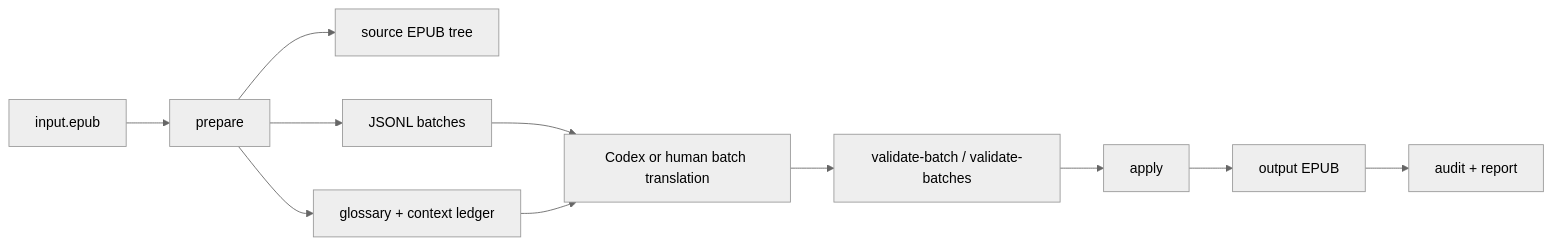
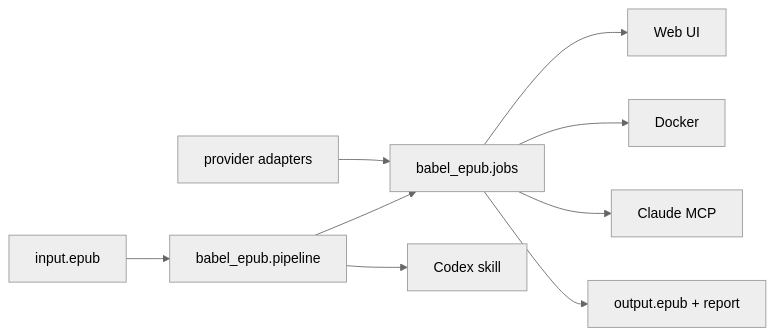
The diagram in docs/ARCHITECTURE.md (Yipxiyi/Babel), drawn with Mermaid (neutral theme) before and after one commit. The commit also changed other lines of this file and 22 other files, not shown here.

````diff
--- a/docs/ARCHITECTURE.md
+++ b/docs/ARCHITECTURE.md
@@ -7,13 +7,11 @@
 ```mermaid
 flowchart LR
-  A["input.epub"] --> B["prepare"]
-  B --> C["source EPUB tree"]
-  B --> D["JSONL batches"]
-  B --> E["glossary + context ledger"]
-  D --> F["Codex or human batch translation"]
-  E --> F
-  F --> G["validate-batch / validate-batches"]
-  G --> H["apply"]
-  H --> I["output EPUB"]
-  I --> J["audit + report"]
+  A["input.epub"] --> B["babel_epub.pipeline"]
+  B --> C["babel_epub.jobs"]
+  D["provider adapters"] --> C
+  C --> E["Web UI"]
+  C --> F["Docker"]
+  B --> G["Codex skill"]
+  C --> H["Claude MCP"]
+  C --> I["output.epub + report"]
 ```
````
